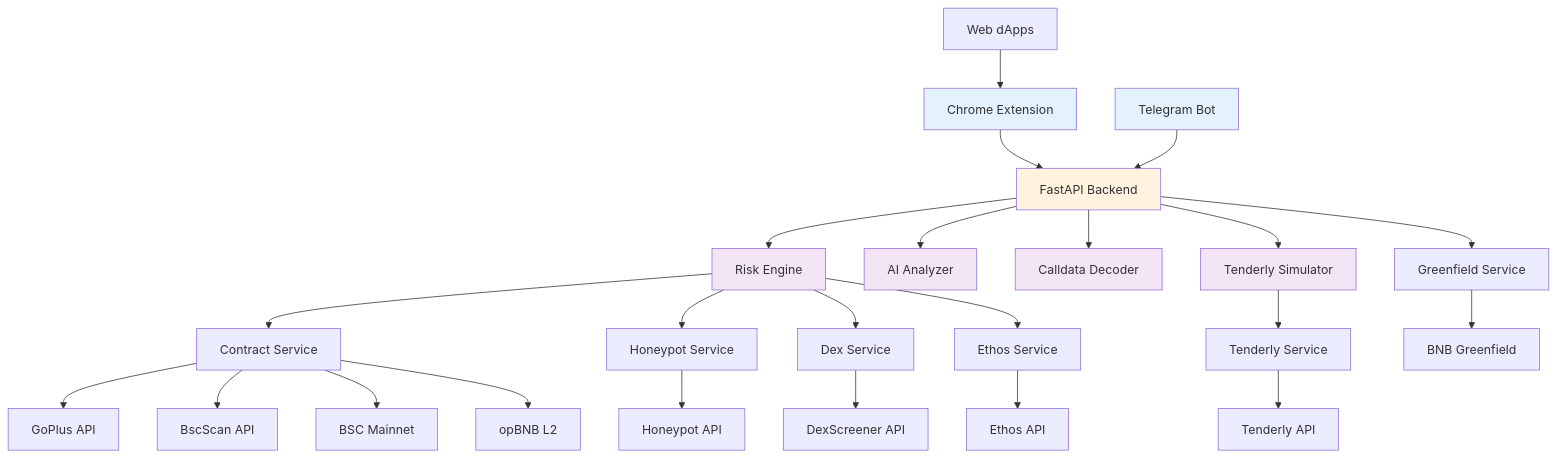
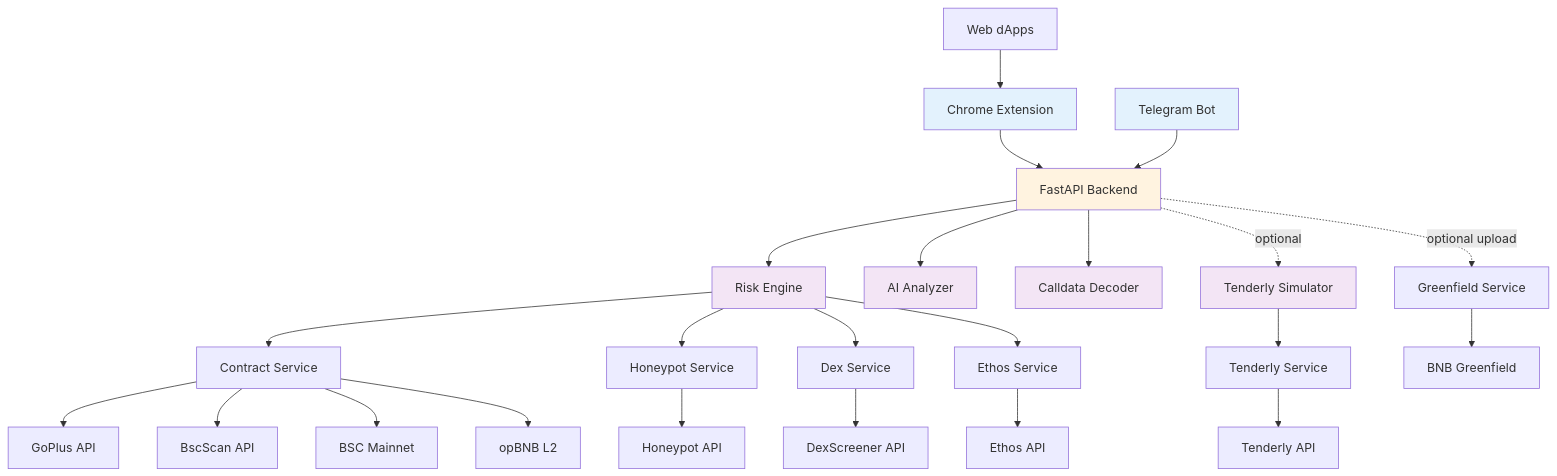
Before and after one commit to Ridwannurudeen/shieldbot: the first of 6 diagrams in docs/ARCHITECTURE_DIAGRAM.md, drawn with Mermaid. The commit also changed other lines of this file and 77 other files, not shown here.

````diff
--- a/docs/ARCHITECTURE_DIAGRAM.md
+++ b/docs/ARCHITECTURE_DIAGRAM.md
@@ -5,37 +7,37 @@
 ```mermaid
 flowchart TB
     A[Chrome Extension] --> D[FastAPI Backend]
     B[Telegram Bot] --> D
     C[Web dApps] --> A
 
     D --> E[Risk Engine]
     D --> F[AI Analyzer]
     D --> G[Calldata Decoder]
-    D --> H[Tenderly Simulator]
+    D -. optional .-> H[Tenderly Simulator]
 
     E --> I1[Contract Service]
     E --> I2[Honeypot Service]
     E --> I3[Dex Service]
     E --> I4[Ethos Service]
     H --> I5[Tenderly Service]
-    D --> I6[Greenfield Service]
+    D -. optional upload .-> I6[Greenfield Service]
 
     I1 --> K1[GoPlus API]
     I1 --> K6[BscScan API]
     I2 --> K2[Honeypot API]
     I3 --> K3[DexScreener API]
     I4 --> K4[Ethos API]
     I5 --> K5[Tenderly API]
     I6 --> J3[BNB Greenfield]
 
     I1 --> J1[BSC Mainnet]
     I1 --> J2[opBNB L2]
 
     style A fill:#e3f2fd
     style B fill:#e3f2fd
     style D fill:#fff3e0
     style E fill:#f3e5f5
     style F fill:#f3e5f5
     style G fill:#f3e5f5
     style H fill:#f3e5f5
 ```
````
